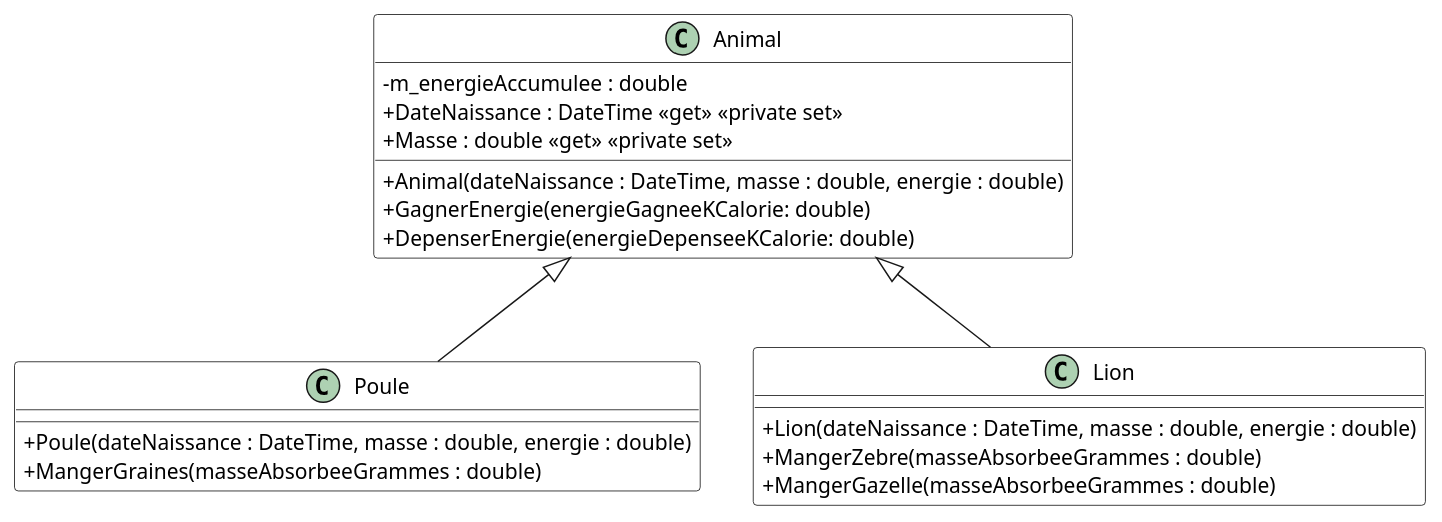
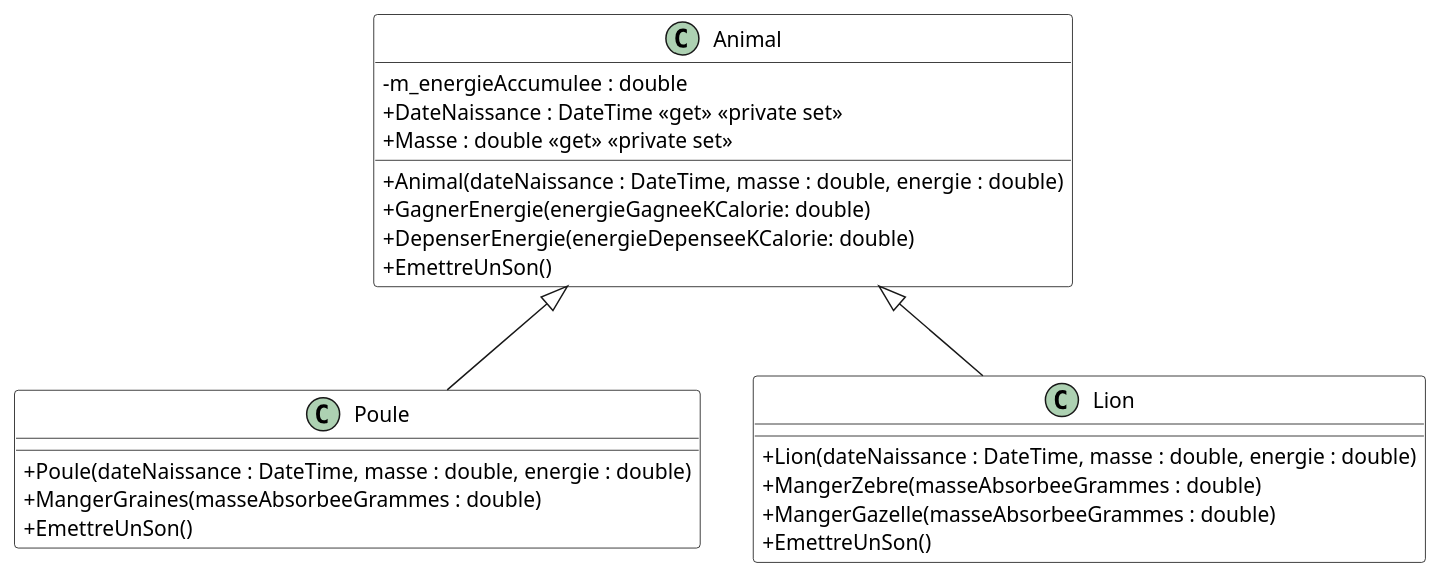
The diagram in Module08_Heritage/diag/src/HeritageSimpleDiagRedefinitionClasses.wsd (PiFou86/420-W20-SF), drawn with PlantUML before and after one commit. The commit also changed 1 other file, not shown here.

```diff
--- a/Module08_Heritage/diag/src/HeritageSimpleDiagRedefinitionClasses.wsd
+++ b/Module08_Heritage/diag/src/HeritageSimpleDiagRedefinitionClasses.wsd
@@ -1,29 +1,32 @@
-@startuml HeritageSimpleDiagClasses
+@startuml HeritageSimpleRedefinitionDiagClasses
 skinparam classAttributeIconSize 0
 skinparam class {
     BackgroundColor White
     BorderColor #000
 }
 Animal <|-- Poule
 Animal <|-- Lion
 
 class Animal {
     - m_energieAccumulee : double
     + DateNaissance : DateTime <<get>> <<private set>>
     + Masse : double <<get>> <<private set>>
     + Animal(dateNaissance : DateTime, masse : double, energie : double)
     + GagnerEnergie(energieGagneeKCalorie: double)
     + DepenserEnergie(energieDepenseeKCalorie: double)
+    + EmettreUnSon()
 }
 
 class Poule {
     + Poule(dateNaissance : DateTime, masse : double, energie : double)
     + MangerGraines(masseAbsorbeeGrammes : double)
+    + EmettreUnSon()
 }
 
 class Lion {
     + Lion(dateNaissance : DateTime, masse : double, energie : double)
     + MangerZebre(masseAbsorbeeGrammes : double)
     + MangerGazelle(masseAbsorbeeGrammes : double)
+    + EmettreUnSon()
 }
 @enduml
```
